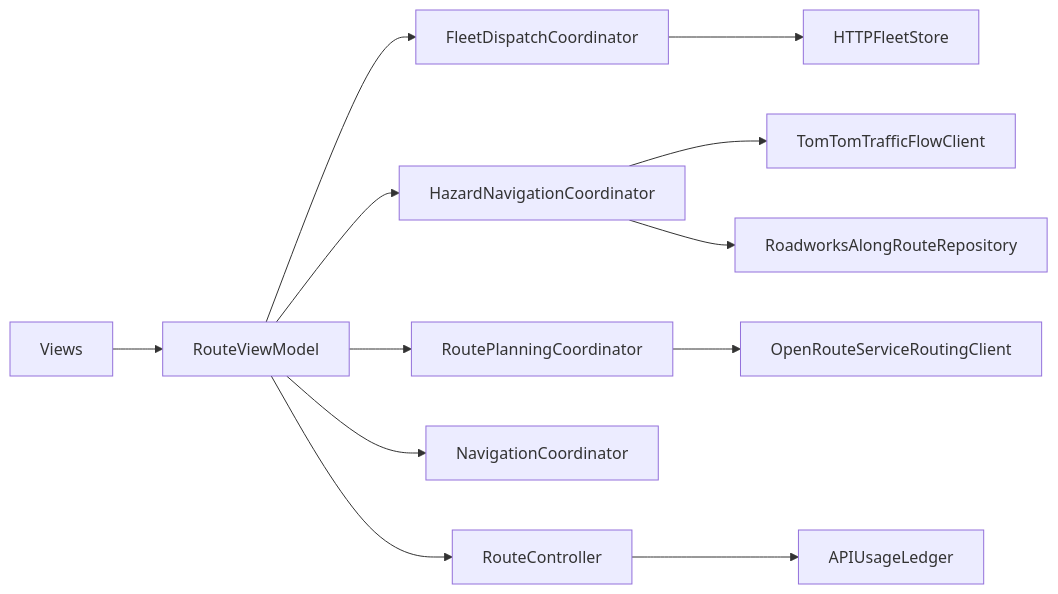
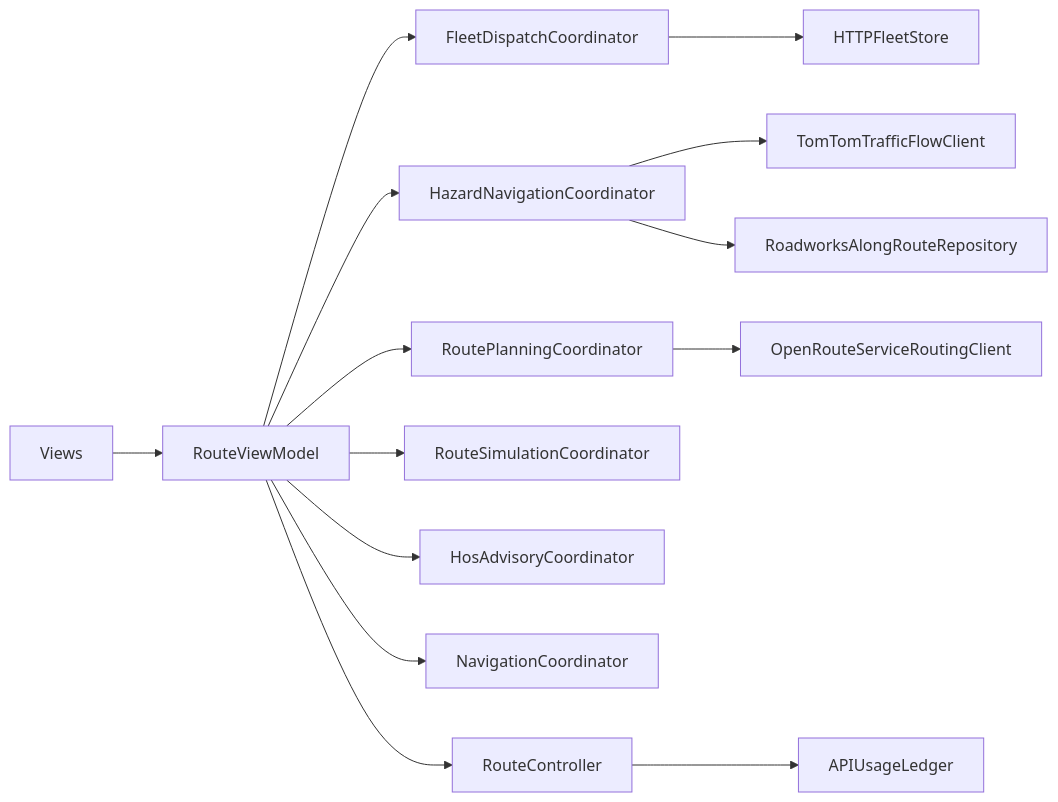
The second of 2 diagrams in Docs/architecture.md (thesnjk/RouteFinder), drawn with Mermaid before and after one commit. The commit also changed other lines of this file and 4 other files, not shown here.

Commit message:
Extract simulation and HOS advisory coordinators from RouteViewModel.

````diff
--- a/Docs/architecture.md
+++ b/Docs/architecture.md
@@ -50,14 +52,16 @@
 ```mermaid
 flowchart LR
     Views --> RouteViewModel
     RouteViewModel --> FleetDispatchCoordinator
     RouteViewModel --> HazardNavigationCoordinator
     RouteViewModel --> RoutePlanningCoordinator
+    RouteViewModel --> RouteSimulationCoordinator
+    RouteViewModel --> HosAdvisoryCoordinator
     RouteViewModel --> NavigationCoordinator
     FleetDispatchCoordinator --> HTTPFleetStore
     HazardNavigationCoordinator --> TomTomTrafficFlowClient
     HazardNavigationCoordinator --> RoadworksAlongRouteRepository
     RoutePlanningCoordinator --> OpenRouteServiceRoutingClient
     RouteViewModel --> RouteController
     RouteController --> APIUsageLedger
 ```
````
